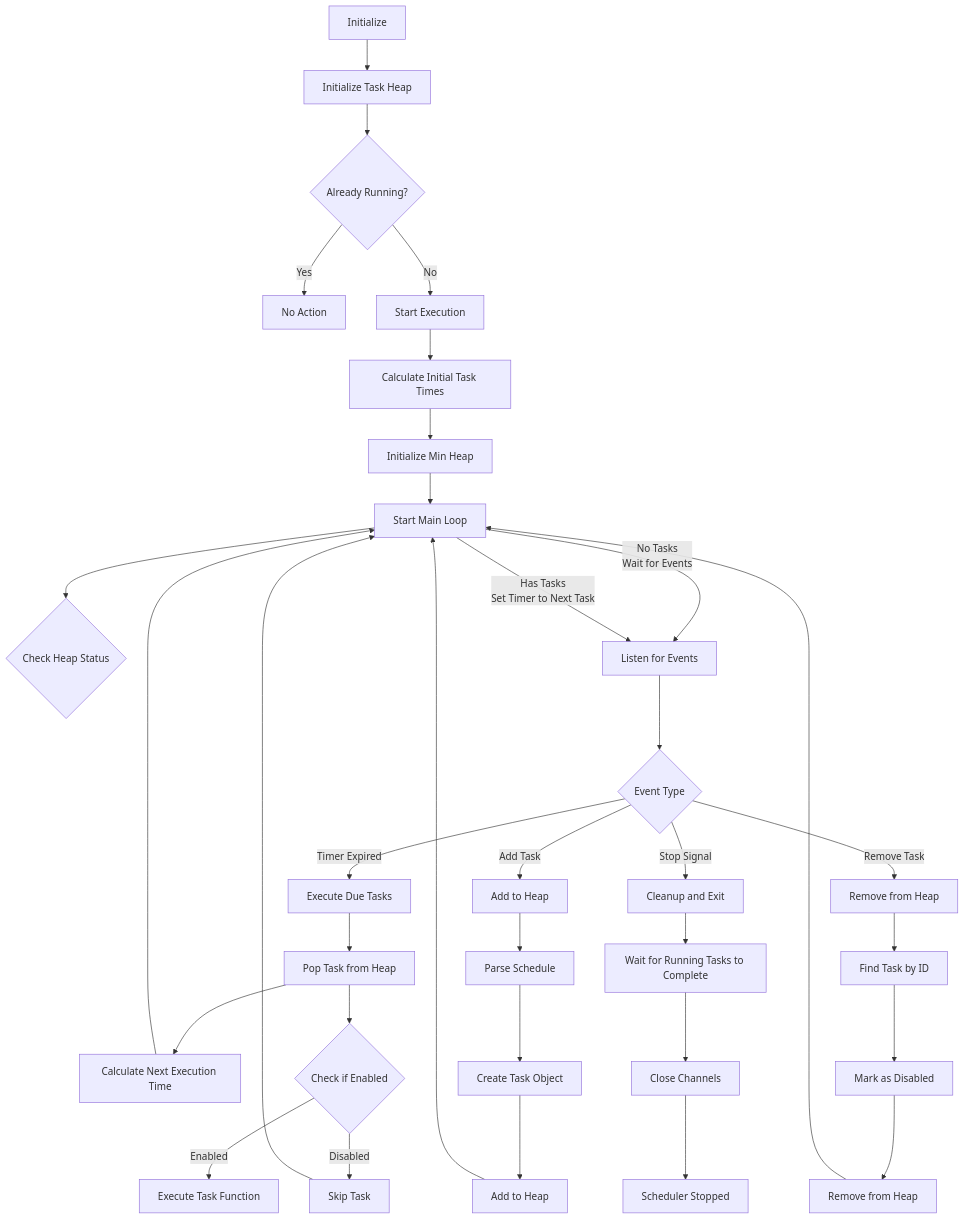
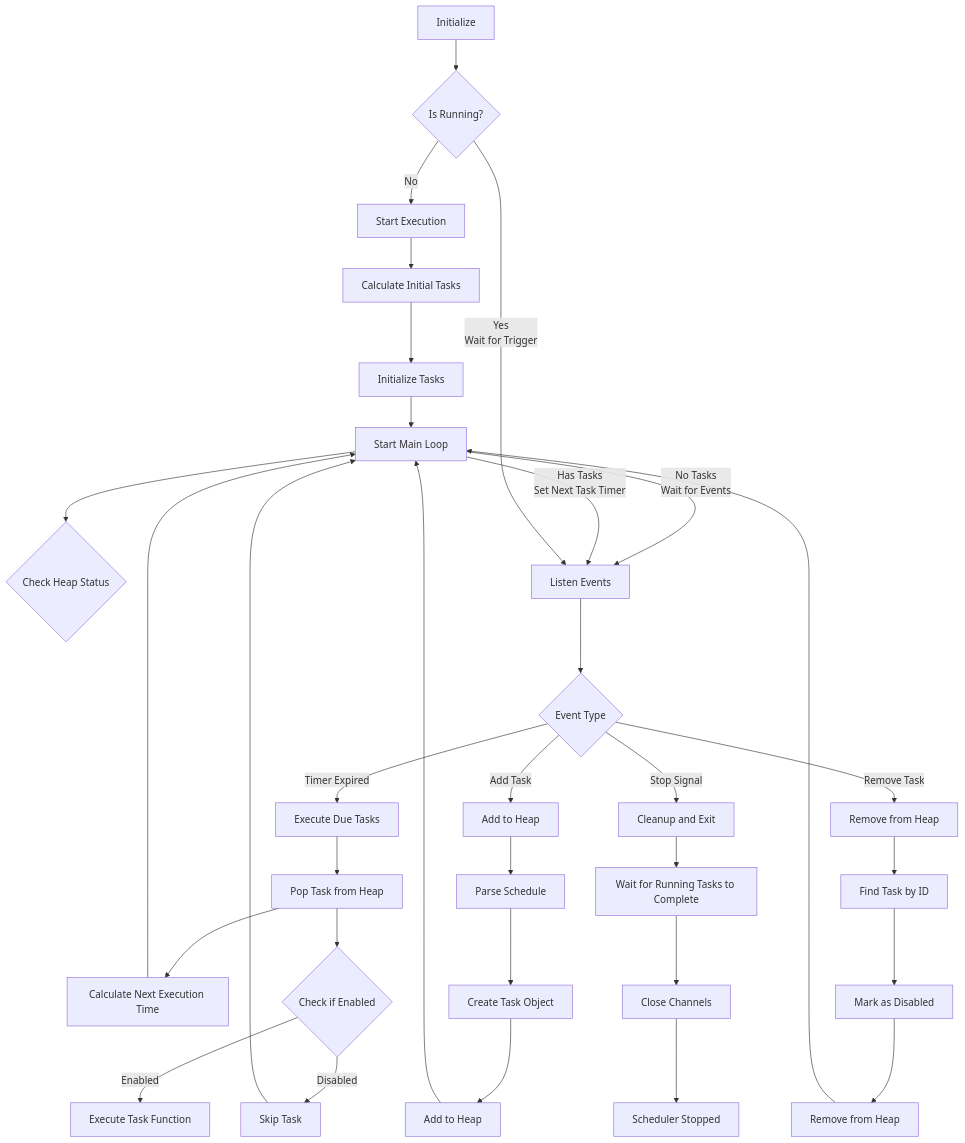
One commit to pardnchiu/go-scheduler changed the first of 2 diagrams in README.md. Above: the diagram before and after it, drawn with Mermaid. The commit also changed other lines of this file and 11 other files, not shown here.

````diff
--- a/README.md
+++ b/README.md
@@ -32,44 +63,41 @@
 ```mermaid
 flowchart TD
-  A[Initialize] --> C[Initialize Task Heap]
-  C --> D{Already Running?}
-  D -->|Yes| D1[No Action]
-  D -->|No| D2[Start Execution]
-  
-  D2 --> E[Calculate Initial Task Times]
-  E --> F[Initialize Min Heap]
-  F --> G[Start Main Loop]
-  
-  G --> H{Check Heap Status}
-  G -->|No Tasks<br>Wait for Events| Q[Listen for Events]
-  G -->|Has Tasks<br>Set Timer to Next Task| Q
+  A[Initialize] --> B{Is Running?}
+  B -->|No| B0[Start Execution]
+    B0 --> C[Calculate Initial Tasks]
+    C --> D[Initialize Tasks]
+    D --> E[Start Main Loop]
+      E --> H{Check Heap Status}
+      E -->|No Tasks<br>Wait for Events| Q
+      E -->|Has Tasks<br>Set Next Task Timer| Q
+  B -->|Yes<br>Wait for Trigger| Q[Listen Events]
   
   Q --> R{Event Type}
   R -->|Timer Expired| R1[Execute Due Tasks]
   R -->|Add Task| R2[Add to Heap]
   R -->|Remove Task| R3[Remove from Heap]
   R -->|Stop Signal| R4[Cleanup and Exit]
   
   R1 --> S[Pop Task from Heap]
   S --> R5[Calculate Next Execution Time]
-  R5 --> G
+  R5 --> E
   S --> T{Check if Enabled}
   T -->|Disabled| T0[Skip Task]
-  T0 --> G
+  T0 --> E
   T -->|Enabled| T1[Execute Task Function]
   
   R2 --> V[Parse Schedule]
   V --> W[Create Task Object]
   W --> X[Add to Heap]
   
   R3 --> Y[Find Task by ID]
   Y --> Z[Mark as Disabled]
   Z --> AA[Remove from Heap]
   
-  X --> G
-  AA --> G
+  X --> E
+  AA --> E
   
   R4 --> BB[Wait for Running Tasks to Complete]
   BB --> CC[Close Channels]
   CC --> DD[Scheduler Stopped]
 ```
````
